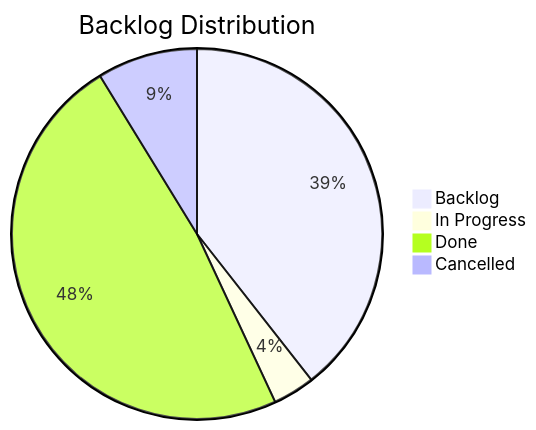
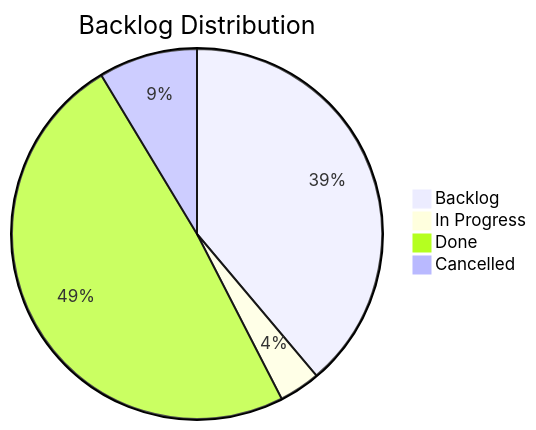
Before and after one commit to TheCodeCreature/Hytale-Example-Plugin: the diagram in docs/board.md, drawn with Mermaid. The commit also changed other lines of this file and 14 other files, not shown here.

````diff
--- a/docs/board.md
+++ b/docs/board.md
@@ -7,7 +7,7 @@
 ```mermaid
 pie title Backlog Distribution
     "Backlog" : 54
     "In Progress" : 5
-    "Done" : 66
+    "Done" : 68
     "Cancelled" : 12
 ```
````
